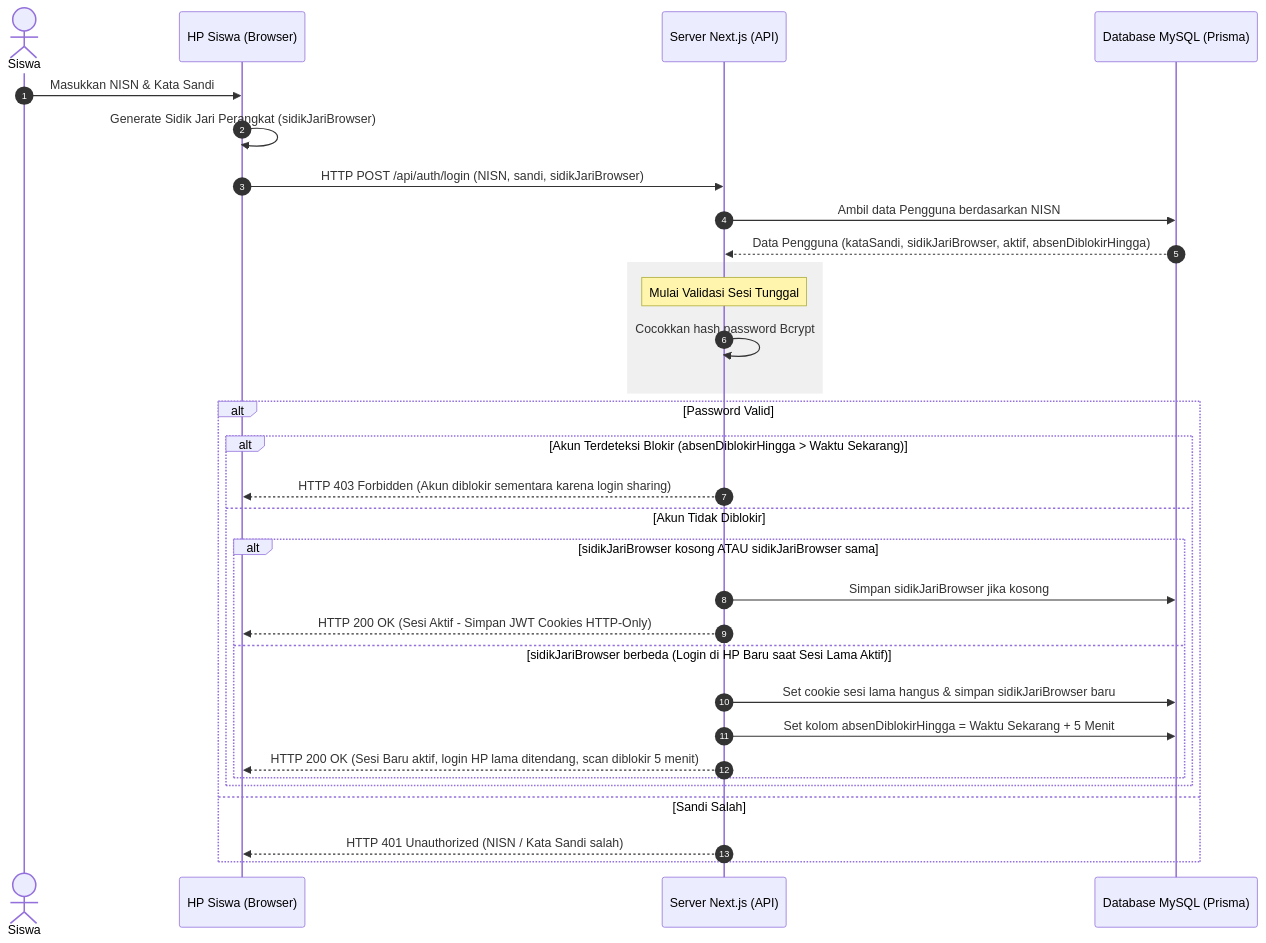
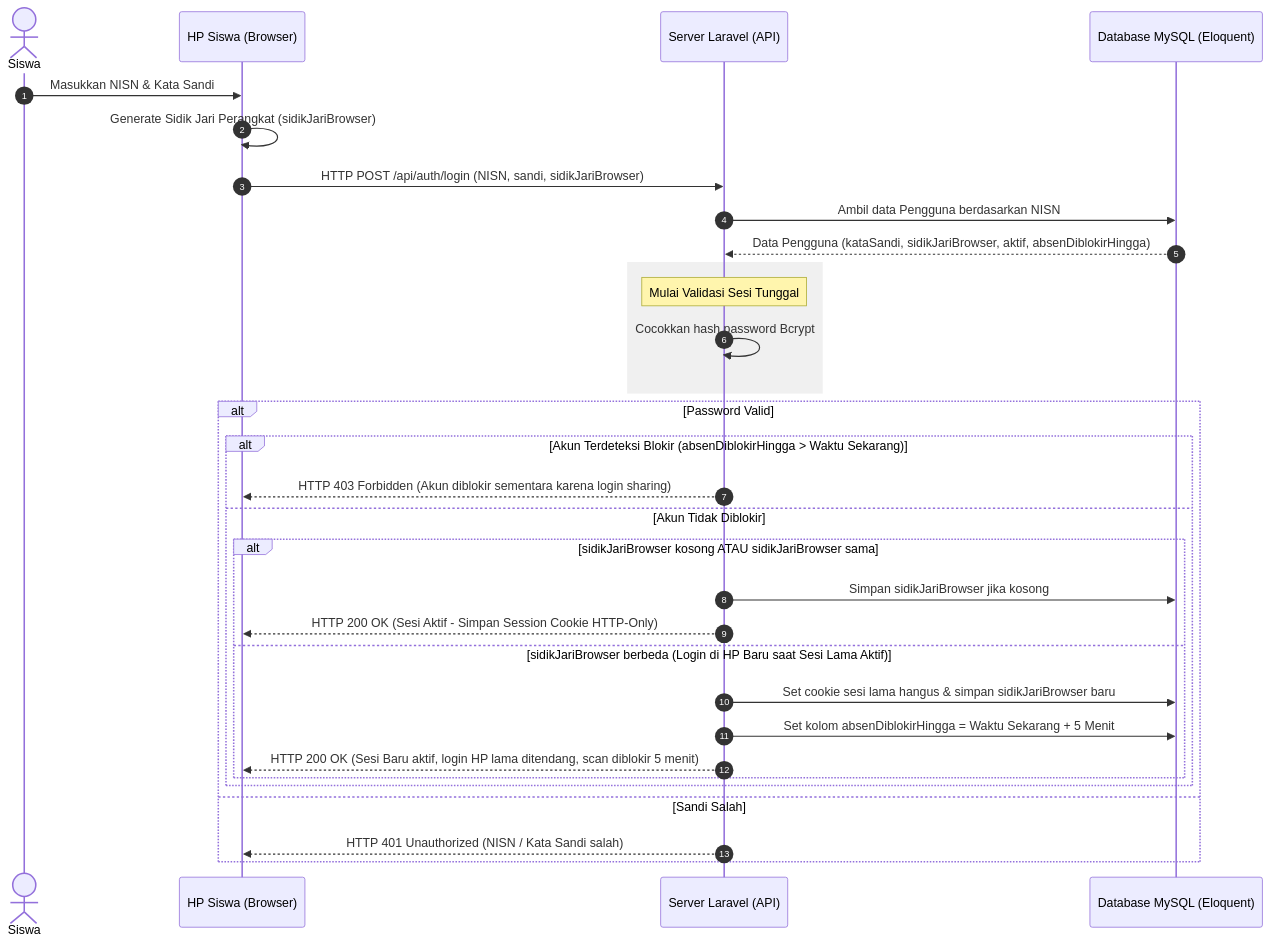
Before and after one commit to ajibayu590/absensi-arrahma-kartuqr: the third of 5 diagrams in docs/ALUR_KERJA.md, drawn with Mermaid. The commit also changed other lines of this file and 24 other files, not shown here.

````diff
--- a/docs/ALUR_KERJA.md
+++ b/docs/ALUR_KERJA.md
@@ -116,36 +116,36 @@
 ```mermaid
 sequenceDiagram
     autonumber
     actor Siswa
     participant HP as HP Siswa (Browser)
-    participant Server as Server Next.js (API)
-    participant DB as Database MySQL (Prisma)
+    participant Server as Server Laravel (API)
+    participant DB as Database MySQL (Eloquent)
 
     Siswa->>HP: Masukkan NISN & Kata Sandi
     HP->>HP: Generate Sidik Jari Perangkat (sidikJariBrowser)
     HP->>Server: HTTP POST /api/auth/login (NISN, sandi, sidikJariBrowser)
     Server->>DB: Ambil data Pengguna berdasarkan NISN
     DB-->>Server: Data Pengguna (kataSandi, sidikJariBrowser, aktif, absenDiblokirHingga)
     
     rect rgb(240, 240, 240)
         Note over Server: Mulai Validasi Sesi Tunggal
         Server->>Server: Cocokkan hash password Bcrypt
     end
     
     alt Password Valid
         alt Akun Terdeteksi Blokir (absenDiblokirHingga > Waktu Sekarang)
             Server-->>HP: HTTP 403 Forbidden (Akun diblokir sementara karena login sharing)
         else Akun Tidak Diblokir
             alt sidikJariBrowser kosong ATAU sidikJariBrowser sama
                 Server->>DB: Simpan sidikJariBrowser jika kosong
-                Server-->>HP: HTTP 200 OK (Sesi Aktif - Simpan JWT Cookies HTTP-Only)
+                Server-->>HP: HTTP 200 OK (Sesi Aktif - Simpan Session Cookie HTTP-Only)
             else sidikJariBrowser berbeda (Login di HP Baru saat Sesi Lama Aktif)
                 Server->>DB: Set cookie sesi lama hangus & simpan sidikJariBrowser baru
                 Server->>DB: Set kolom absenDiblokirHingga = Waktu Sekarang + 5 Menit
                 Server-->>HP: HTTP 200 OK (Sesi Baru aktif, login HP lama ditendang, scan diblokir 5 menit)
             end
         end
     else Sandi Salah
         Server-->>HP: HTTP 401 Unauthorized (NISN / Kata Sandi salah)
     end
 ```
````
